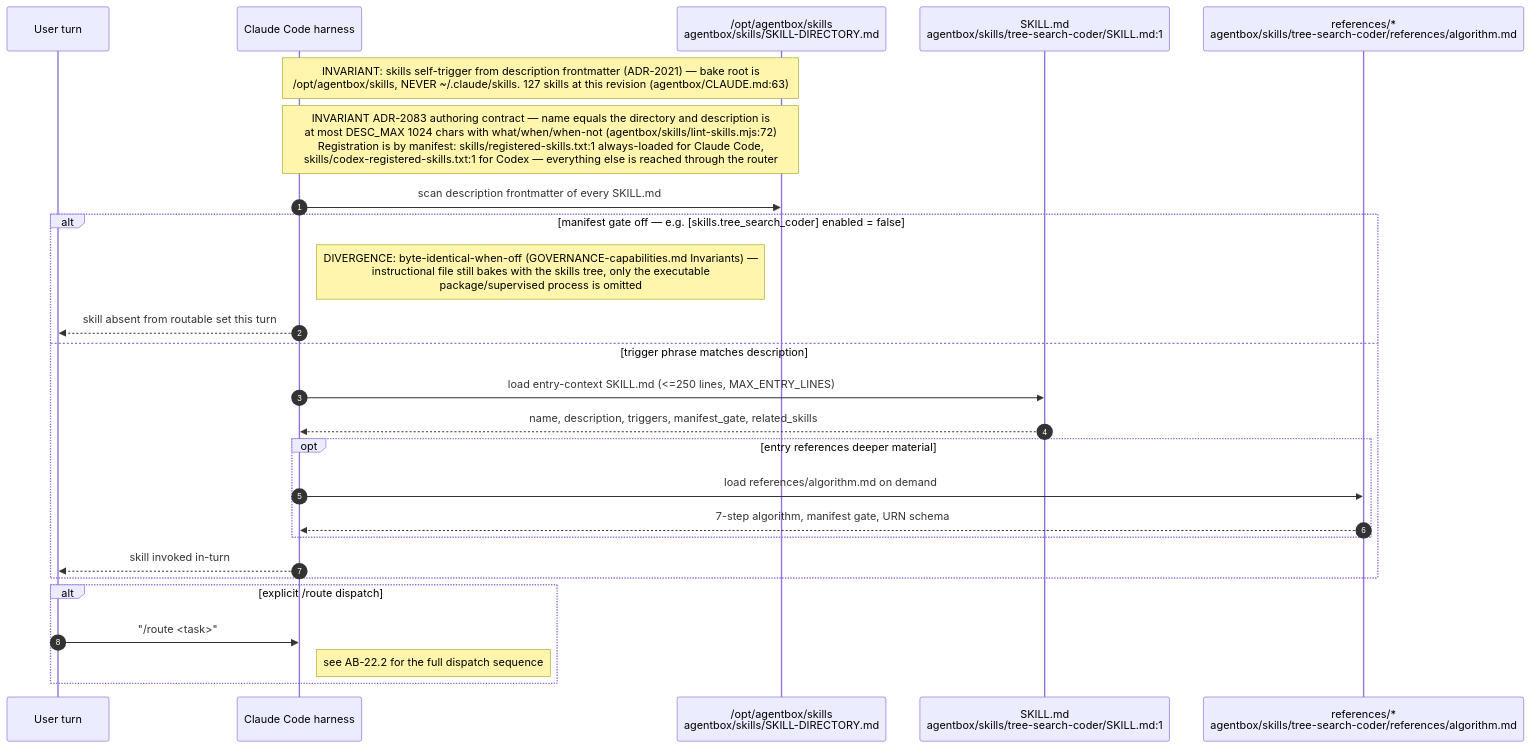
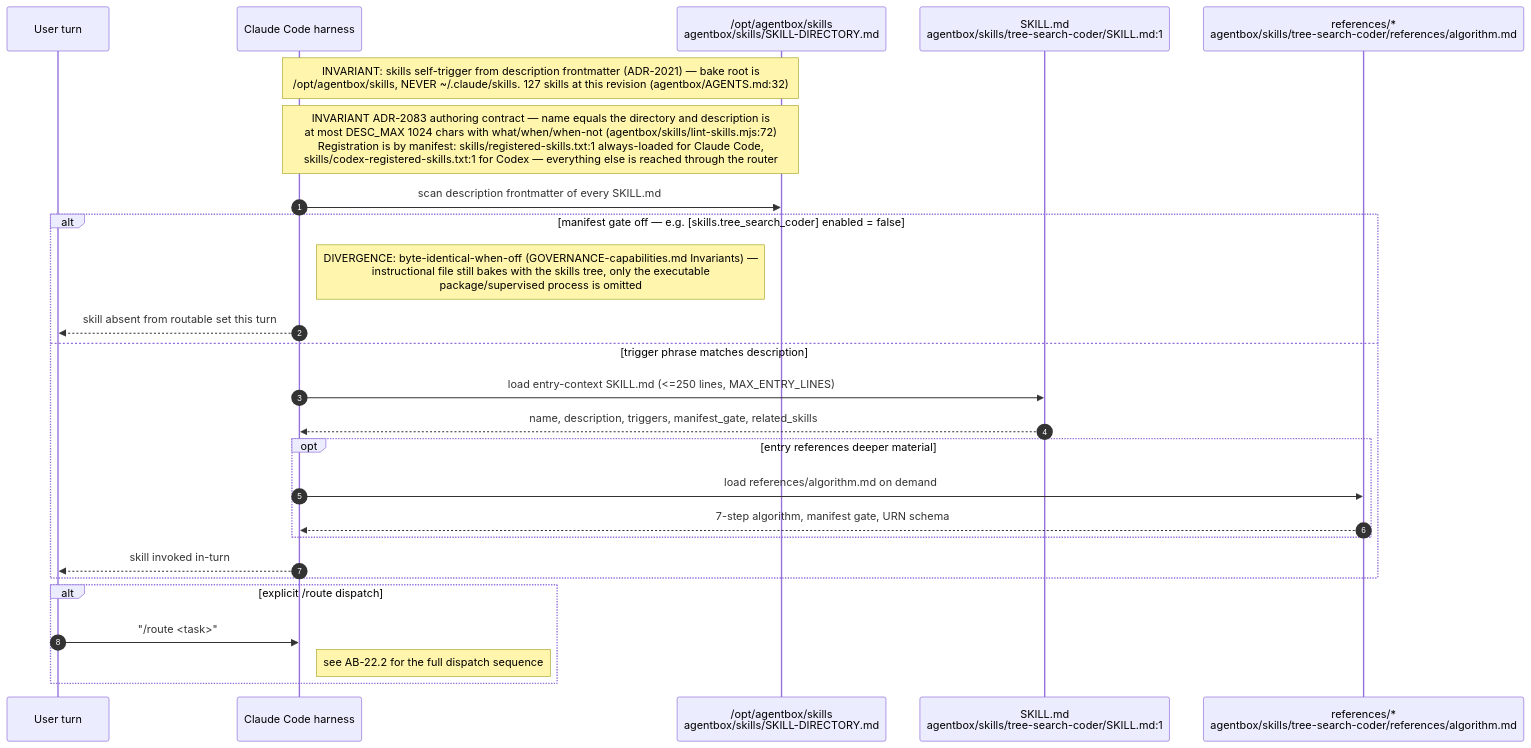
Before and after one commit to DreamLab-AI/VisionFlow: the first of 12 diagrams in docs/diagrams/agentbox/22-skills-and-routing.md, drawn with Mermaid. The commit also changed other lines of this file and 136 other files, not shown here.

First line of the commit message:
docs(diagrams): refresh the whole corpus to code HEAD and prune low-value diagrams

````diff
--- a/docs/diagrams/agentbox/22-skills-and-routing.md
+++ b/docs/diagrams/agentbox/22-skills-and-routing.md
@@ -64,29 +66,29 @@
 ```mermaid
 sequenceDiagram
     autonumber
     participant U as User turn
     participant H as Claude Code harness
     participant FS as /opt/agentbox/skills<br/>agentbox/skills/SKILL-DIRECTORY.md
     participant SK as SKILL.md<br/>agentbox/skills/tree-search-coder/SKILL.md:1
     participant REF as references/*<br/>agentbox/skills/tree-search-coder/references/algorithm.md
 
-    Note over H,FS: INVARIANT: skills self-trigger from description frontmatter (ADR-2021) — bake root is<br/>/opt/agentbox/skills, NEVER ~/.claude/skills. 127 skills at this revision (agentbox/CLAUDE.md:63)
+    Note over H,FS: INVARIANT: skills self-trigger from description frontmatter (ADR-2021) — bake root is<br/>/opt/agentbox/skills, NEVER ~/.claude/skills. 127 skills at this revision (agentbox/AGENTS.md:32)
     Note over H,FS: INVARIANT ADR-2083 authoring contract — name equals the directory and description is<br/>at most DESC_MAX 1024 chars with what/when/when-not (agentbox/skills/lint-skills.mjs:72)<br/>Registration is by manifest: skills/registered-skills.txt:1 always-loaded for Claude Code,<br/>skills/codex-registered-skills.txt:1 for Codex — everything else is reached through the router
     H->>FS: scan description frontmatter of every SKILL.md
     alt manifest gate off — e.g. [skills.tree_search_coder] enabled = false
         Note right of H: DIVERGENCE: byte-identical-when-off (GOVERNANCE-capabilities.md Invariants) —<br/>instructional file still bakes with the skills tree, only the executable<br/>package/supervised process is omitted
         H-->>U: skill absent from routable set this turn
     else trigger phrase matches description
         H->>SK: load entry-context SKILL.md (<=250 lines, MAX_ENTRY_LINES)
         SK-->>H: name, description, triggers, manifest_gate, related_skills
         opt entry references deeper material
             H->>REF: load references/algorithm.md on demand
             REF-->>H: 7-step algorithm, manifest gate, URN schema
         end
         H-->>U: skill invoked in-turn
     end
     alt explicit /route dispatch
         U->>H: "/route <task>"
         Note right of H: see AB-22.2 for the full dispatch sequence
     end
 ```
````
